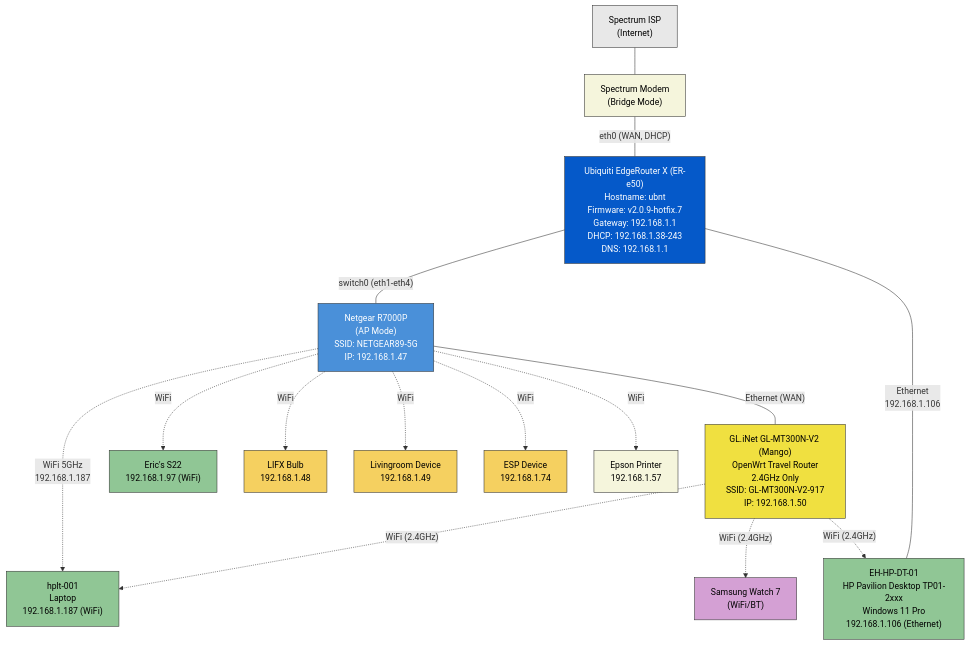
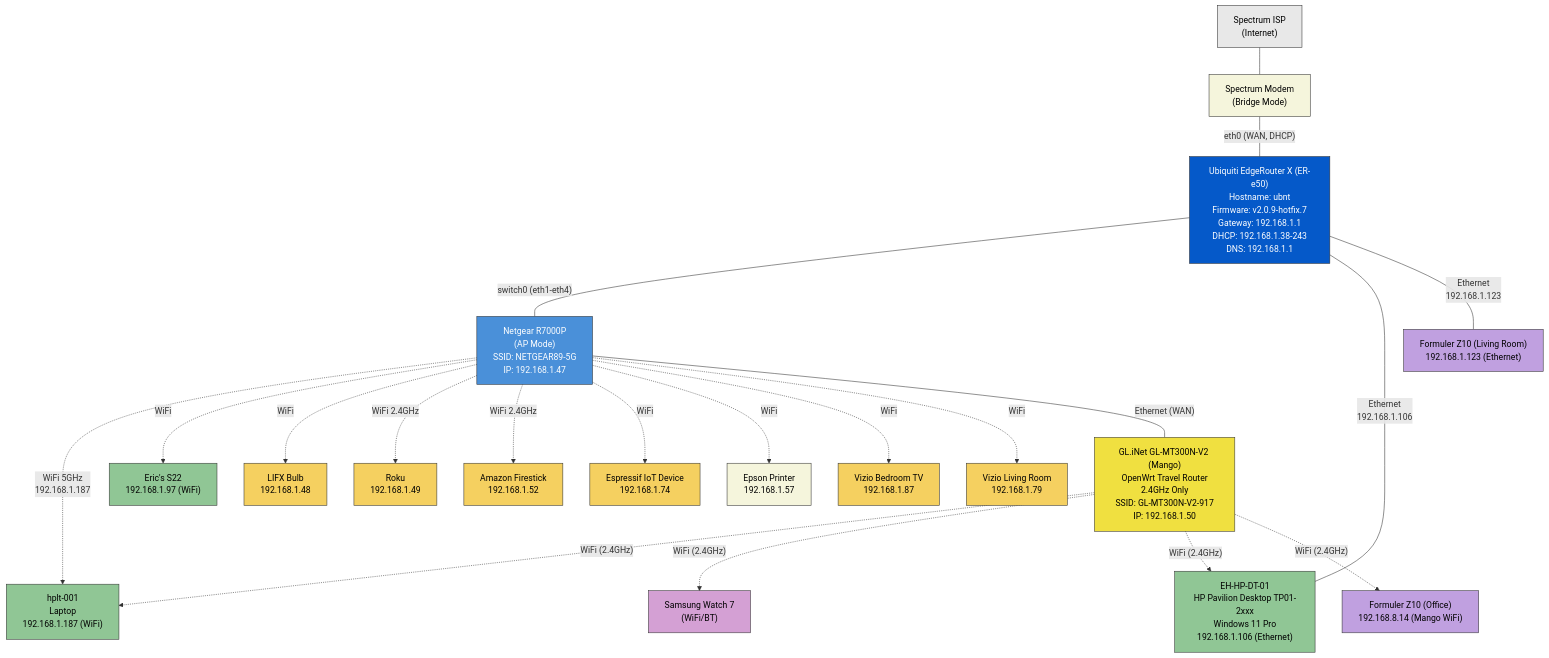
The diagram in networking/arlington.md (ACTO-LLC/acto-infra), drawn with Mermaid before and after one commit. The commit also changed other lines of this file and 2 other files, not shown here.

````diff
--- a/networking/arlington.md
+++ b/networking/arlington.md
@@ -7,50 +7,65 @@
 ```mermaid
 graph TD
     ISP["Spectrum ISP<br/>(Internet)"]
     MODEM["Spectrum Modem<br/>(Bridge Mode)"]
     EDGEMAX["Ubiquiti EdgeRouter X (ER-e50)<br/>Hostname: ubnt<br/>Firmware: v2.0.9-hotfix.7<br/>Gateway: 192.168.1.1<br/>DHCP: 192.168.1.38-243<br/>DNS: 192.168.1.1"]
     NETGEAR["Netgear R7000P<br/>(AP Mode)<br/>SSID: NETGEAR89-5G<br/>IP: 192.168.1.47"]
     MANGO["GL.iNet GL-MT300N-V2 (Mango)<br/>OpenWrt Travel Router<br/>2.4GHz Only<br/>SSID: GL-MT300N-V2-917<br/>IP: 192.168.1.50"]
 
     DESKTOP["EH-HP-DT-01<br/>HP Pavilion Desktop TP01-2xxx<br/>Windows 11 Pro<br/>192.168.1.106 (Ethernet)"]
     LAPTOP["hplt-001<br/>Laptop<br/>192.168.1.187 (WiFi)"]
     WATCH["Samsung Watch 7<br/>(WiFi/BT)"]
     PHONE["Eric's S22<br/>192.168.1.97 (WiFi)"]
     PRINTER["Epson Printer<br/>192.168.1.57"]
 
     LIFX["LIFX Bulb<br/>192.168.1.48"]
-    LIVINGROOM["Livingroom Device<br/>192.168.1.49"]
-    ESP["ESP Device<br/>192.168.1.74"]
+    ROKU["Roku<br/>192.168.1.49"]
+    ESP["Espressif IoT Device<br/>192.168.1.74"]
+    FIRESTICK["Amazon Firestick<br/>192.168.1.52"]
+    BEDROOM_TV["Vizio Bedroom TV<br/>192.168.1.87"]
+    LR_VIZIO["Vizio Living Room<br/>192.168.1.79"]
+    LR_FORMULER["Formuler Z10 (Living Room)<br/>192.168.1.123 (Ethernet)"]
+    OFF_FORMULER["Formuler Z10 (Office)<br/>192.168.8.14 (Mango WiFi)"]
 
     ISP --- MODEM
     MODEM -- "eth0 (WAN, DHCP)" --- EDGEMAX
     EDGEMAX -- "switch0 (eth1-eth4)" --- NETGEAR
 
     EDGEMAX -- "Ethernet<br/>192.168.1.106" --- DESKTOP
+    EDGEMAX -- "Ethernet<br/>192.168.1.123" --- LR_FORMULER
 
     NETGEAR -. "WiFi 5GHz<br/>192.168.1.187" .-> LAPTOP
     NETGEAR -. "WiFi" .-> PHONE
     NETGEAR -. "WiFi" .-> LIFX
-    NETGEAR -. "WiFi" .-> LIVINGROOM
+    NETGEAR -. "WiFi 2.4GHz" .-> ROKU
+    NETGEAR -. "WiFi 2.4GHz" .-> FIRESTICK
     NETGEAR -. "WiFi" .-> ESP
     NETGEAR -. "WiFi" .-> PRINTER
+    NETGEAR -. "WiFi" .-> BEDROOM_TV
+    NETGEAR -. "WiFi" .-> LR_VIZIO
 
     NETGEAR -- "Ethernet (WAN)" --- MANGO
     MANGO -. "WiFi (2.4GHz)" .-> LAPTOP
     MANGO -. "WiFi (2.4GHz)" .-> WATCH
     MANGO -. "WiFi (2.4GHz)" .-> DESKTOP
+    MANGO -. "WiFi (2.4GHz)" .-> OFF_FORMULER
 
     style ISP fill:#e8e8e8,stroke:#333,color:#000
     style MODEM fill:#f5f5dc,stroke:#333,color:#000
     style EDGEMAX fill:#0559C9,stroke:#333,color:#fff
     style NETGEAR fill:#4a90d9,stroke:#333,color:#fff
     style MANGO fill:#f0e040,stroke:#333,color:#000
     style DESKTOP fill:#90c695,stroke:#333,color:#000
     style LAPTOP fill:#90c695,stroke:#333,color:#000
     style PHONE fill:#90c695,stroke:#333,color:#000
     style WATCH fill:#d4a0d4,stroke:#333,color:#000
     style PRINTER fill:#f5f5dc,stroke:#333,color:#000
     style LIFX fill:#f5d060,stroke:#333,color:#000
-    style LIVINGROOM fill:#f5d060,stroke:#333,color:#000
+    style ROKU fill:#f5d060,stroke:#333,color:#000
     style ESP fill:#f5d060,stroke:#333,color:#000
+    style FIRESTICK fill:#f5d060,stroke:#333,color:#000
+    style BEDROOM_TV fill:#f5d060,stroke:#333,color:#000
+    style LR_VIZIO fill:#f5d060,stroke:#333,color:#000
+    style LR_FORMULER fill:#c0a0e0,stroke:#333,color:#000
+    style OFF_FORMULER fill:#c0a0e0,stroke:#333,color:#000
 ```
````
